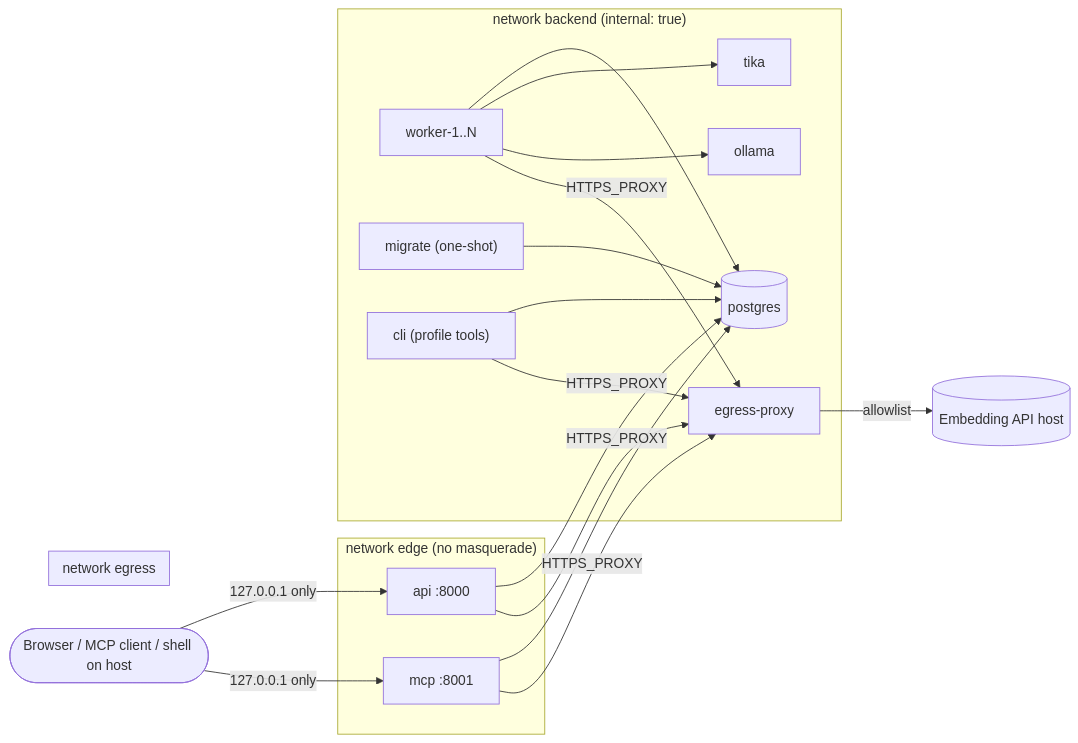
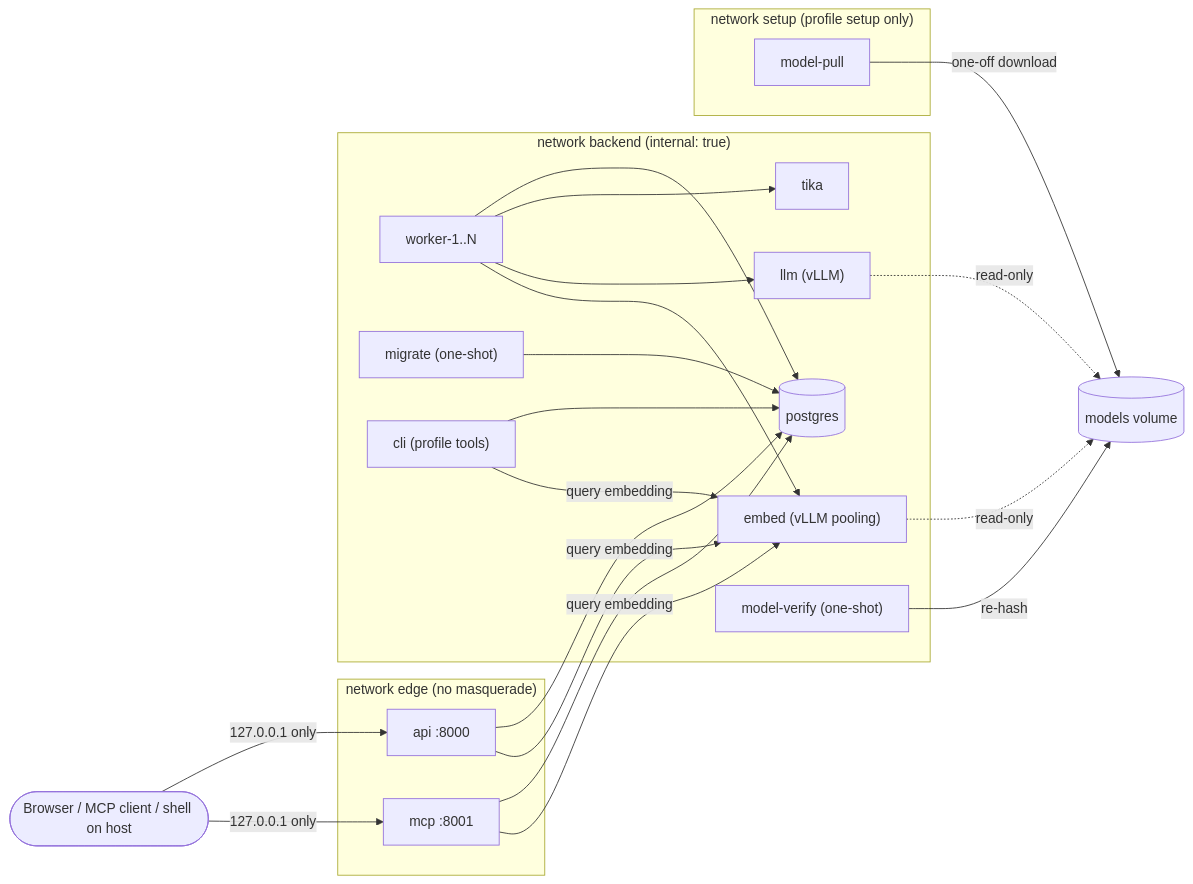
Before and after one commit to astepnik/documents_store: the third of 3 diagrams in docs/architecture/overview.md, drawn with Mermaid. The commit also changed other lines of this file and 9 other files, not shown here.

````diff
--- a/docs/architecture/overview.md
+++ b/docs/architecture/overview.md
@@ -193,27 +193,30 @@
 ```mermaid
 flowchart LR
   user(["Browser / MCP client / shell on host"])
   subgraph edge["network edge (no masquerade)"]
     api["api :8000"]
     mcp["mcp :8001"]
   end
   subgraph backend["network backend (internal: true)"]
     pg[("postgres")]
     w["worker-1..N"]
     tika["tika"]
-    ollama["ollama"]
-    proxy["egress-proxy"]
+    embed["embed (vLLM pooling)"]
+    llm["llm (vLLM)"]
+    verify["model-verify (one-shot)"]
     mig["migrate (one-shot)"]
     cli["cli (profile tools)"]
   end
-  subgraph egress["network egress"]
-    proxy
+  subgraph setup["network setup (profile setup only)"]
+    pull["model-pull"]
   end
-  ext[("Embedding API host")]
+  models[("models volume")]
   user -->|127.0.0.1 only| api & mcp
   api & mcp & w & cli --> pg
-  w --> tika & ollama
-  api & mcp & w & cli -->|HTTPS_PROXY| proxy
-  proxy -->|allowlist| ext
+  api & mcp & cli -->|query embedding| embed
+  w --> tika & llm & embed
+  verify -->|re-hash| models
+  llm & embed -.->|read-only| models
+  pull -->|one-off download| models
   mig --> pg
 ```
````
